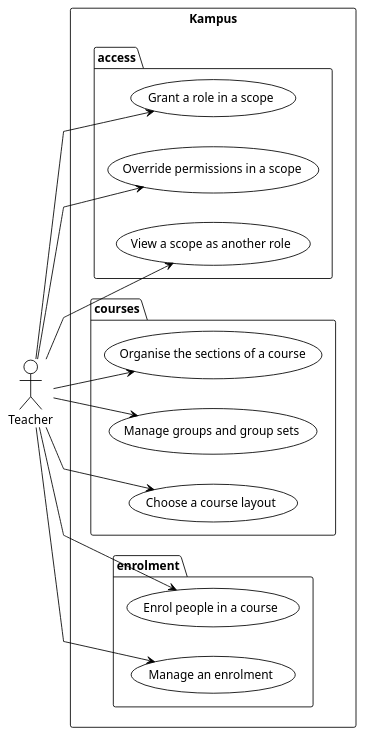
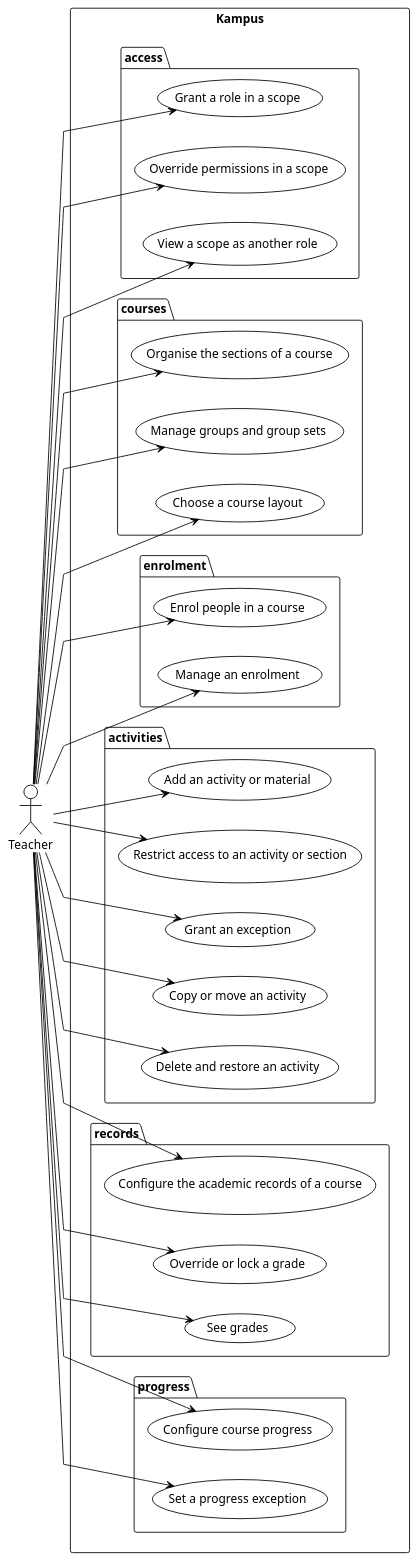
One commit to didactika/kampus changed the diagram in docs/01-requirements/use-cases-teacher.puml. Above: the diagram before and after it, drawn with PlantUML. The commit also changed 187 other files, not shown here.

First line of the commit message:
docs(docs): design activities, academic records and progress

```diff
--- a/docs/01-requirements/use-cases-teacher.puml
+++ b/docs/01-requirements/use-cases-teacher.puml
@@ -1,34 +1,60 @@
 @startuml
 !theme plain
 skinparam linetype polyline
 left to right direction
 
 actor "Teacher" as A_Teacher
 
 rectangle "Kampus" {
   package "access" {
     usecase "Grant a role in a scope" as UC_grantRole
     usecase "Override permissions in a scope" as UC_overridePermission
     usecase "View a scope as another role" as UC_viewAsRole
   }
   package "courses" {
     usecase "Organise the sections of a course" as UC_organiseSections
     usecase "Manage groups and group sets" as UC_manageGroups
     usecase "Choose a course layout" as UC_chooseCourseLayout
   }
   package "enrolment" {
     usecase "Enrol people in a course" as UC_enrolPeople
     usecase "Manage an enrolment" as UC_manageEnrolment
   }
+  package "activities" {
+    usecase "Add an activity or material" as UC_addActivity
+    usecase "Restrict access to an activity or section" as UC_restrictAccess
+    usecase "Grant an exception" as UC_grantException
+    usecase "Copy or move an activity" as UC_copyActivity
+    usecase "Delete and restore an activity" as UC_deleteActivity
+  }
+  package "records" {
+    usecase "Configure the academic records of a course" as UC_configureRecords
+    usecase "Override or lock a grade" as UC_overrideGrade
+    usecase "See grades" as UC_viewGrades
+  }
+  package "progress" {
+    usecase "Configure course progress" as UC_configureCourseProgress
+    usecase "Set a progress exception" as UC_setProgressException
+  }
 }
 
 A_Teacher --> UC_grantRole
 A_Teacher --> UC_overridePermission
 A_Teacher --> UC_viewAsRole
 A_Teacher --> UC_organiseSections
 A_Teacher --> UC_manageGroups
 A_Teacher --> UC_chooseCourseLayout
 A_Teacher --> UC_enrolPeople
 A_Teacher --> UC_manageEnrolment
+A_Teacher --> UC_addActivity
+A_Teacher --> UC_restrictAccess
+A_Teacher --> UC_grantException
+A_Teacher --> UC_copyActivity
+A_Teacher --> UC_deleteActivity
+A_Teacher --> UC_configureRecords
+A_Teacher --> UC_overrideGrade
+A_Teacher --> UC_viewGrades
+A_Teacher --> UC_configureCourseProgress
+A_Teacher --> UC_setProgressException
 
 @enduml
```
